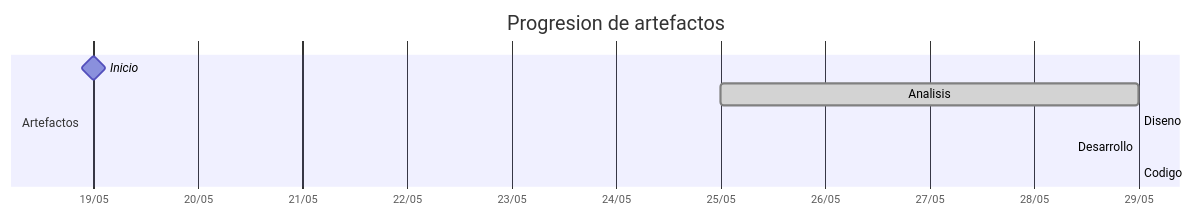
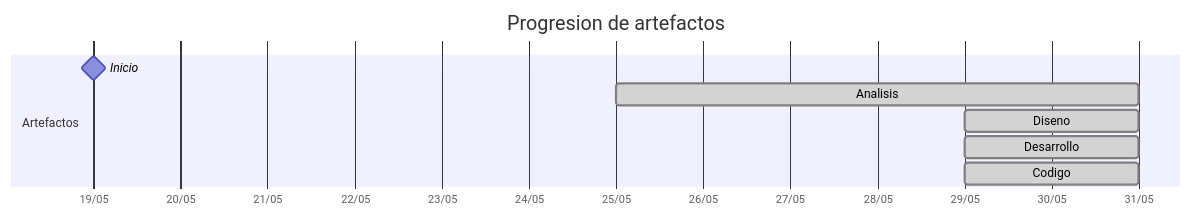
Before and after one commit to carlos-alvarado-25/25-26-idsw2-sdVC: the diagram in TIMELINES/SdeCos.md, drawn with Mermaid. The commit also changed other lines of this file and 10 other files, not shown here.

````diff
--- a/TIMELINES/SdeCos.md
+++ b/TIMELINES/SdeCos.md
@@ -19,12 +19,12 @@
 ```mermaid
 gantt
     title Progresion de artefactos
     dateFormat YYYY-MM-DD
     axisFormat %d/%m
     section Artefactos
         Inicio       :milestone, 2026-05-19, 0d
-        Analisis     :done, 2026-05-25, 2026-05-29
-        Diseno       :done, 2026-05-29, 2026-05-29
-        Desarrollo   :done, 2026-05-29, 2026-05-29
-        Codigo       :done, 2026-05-29, 2026-05-29
+        Analisis     :done, 2026-05-25, 2026-05-31
+        Diseno       :done, 2026-05-29, 2026-05-31
+        Desarrollo   :done, 2026-05-29, 2026-05-31
+        Codigo       :done, 2026-05-29, 2026-05-31
 ```
````
